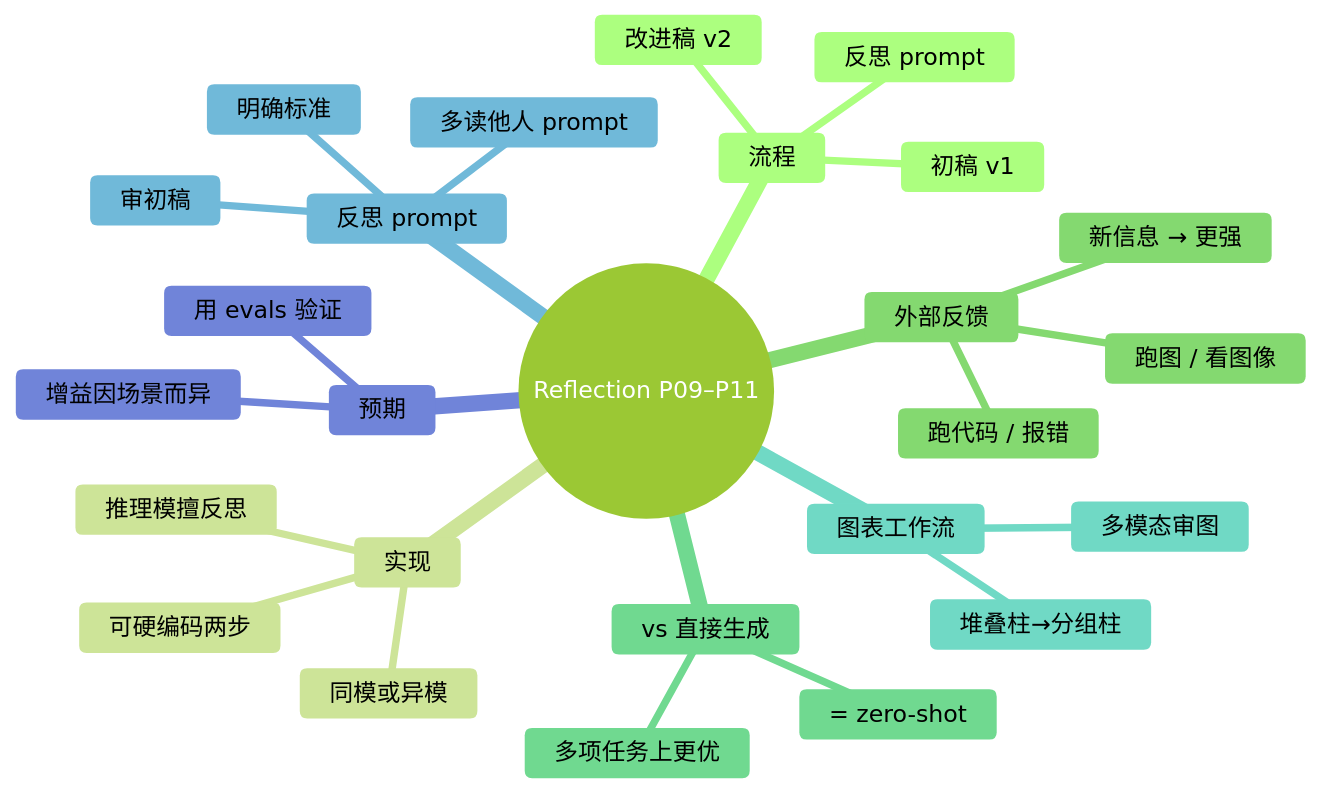
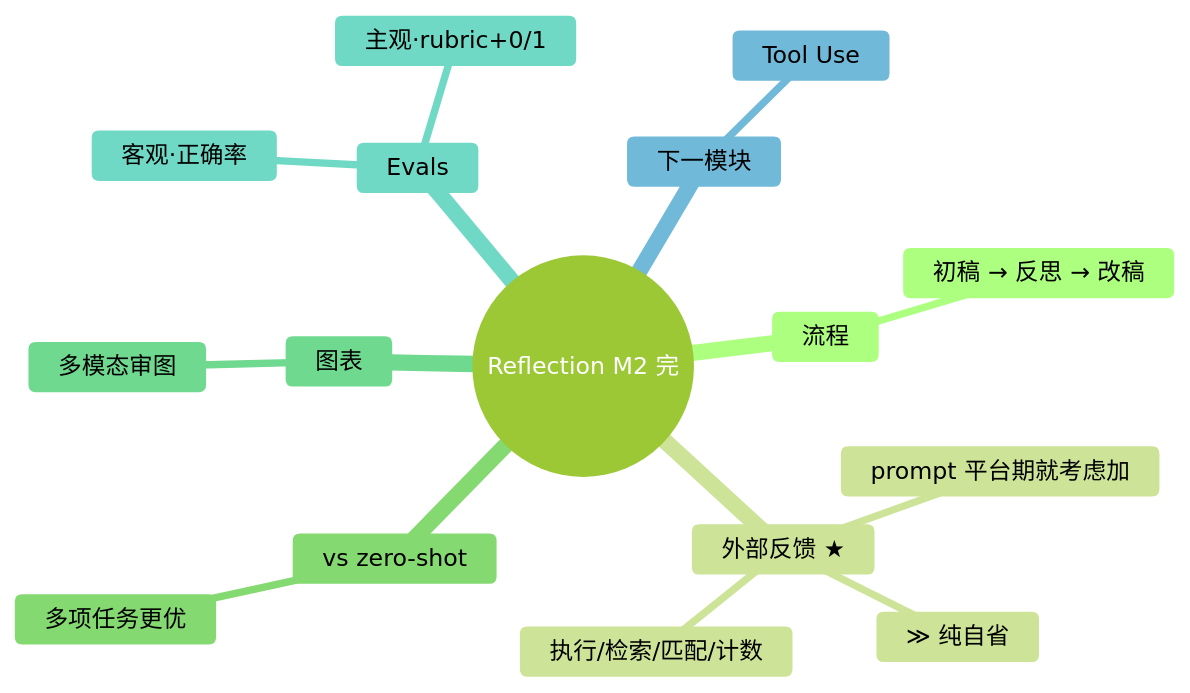
Diagram 47 of 47 in 3 学习笔记/11_Agent/02_Agentic.md (xiyan517/MyObsidian), drawn with Mermaid (forest theme) before and after one commit. The commit also changed other lines of this file and 3 other files, not shown here.

````diff
--- a/3 学习笔记/11_Agent/02_Agentic.md
+++ b/3 学习笔记/11_Agent/02_Agentic.md
@@ -1055,29 +1229,19 @@
 ```mermaid
 mindmap
-  root((Reflection P09–P11))
+  root((Reflection M2 完))
     流程
-      初稿 v1
-      反思 prompt
-      改进稿 v2
-    实现
-      可硬编码两步
-      同模或异模
-      推理模擅反思
-    外部反馈
-      跑代码 / 报错
-      跑图 / 看图像
-      新信息 → 更强
-    vs 直接生成
-      = zero-shot
-      多项任务上更优
-    图表工作流
+      初稿 → 反思 → 改稿
+    外部反馈 ★
+      ≫ 纯自省
+      执行/检索/匹配/计数
+      prompt 平台期就考虑加
+    vs zero-shot
+      多项任务更优
+    图表
       多模态审图
-      堆叠柱→分组柱
-    反思 prompt
-      审初稿
-      明确标准
-      多读他人 prompt
-    预期
-      增益因场景而异
-      用 evals 验证
+    Evals
+      客观·正确率
+      主观·rubric+0/1
+    下一模块
+      Tool Use
 ```
````
